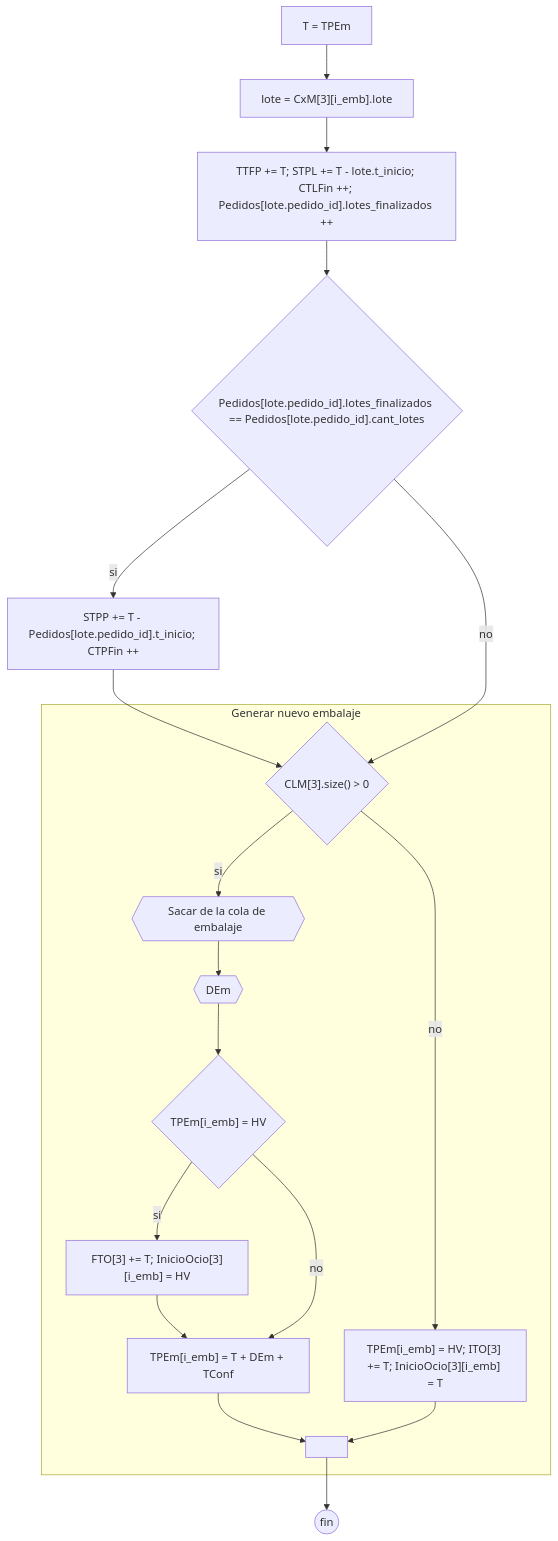
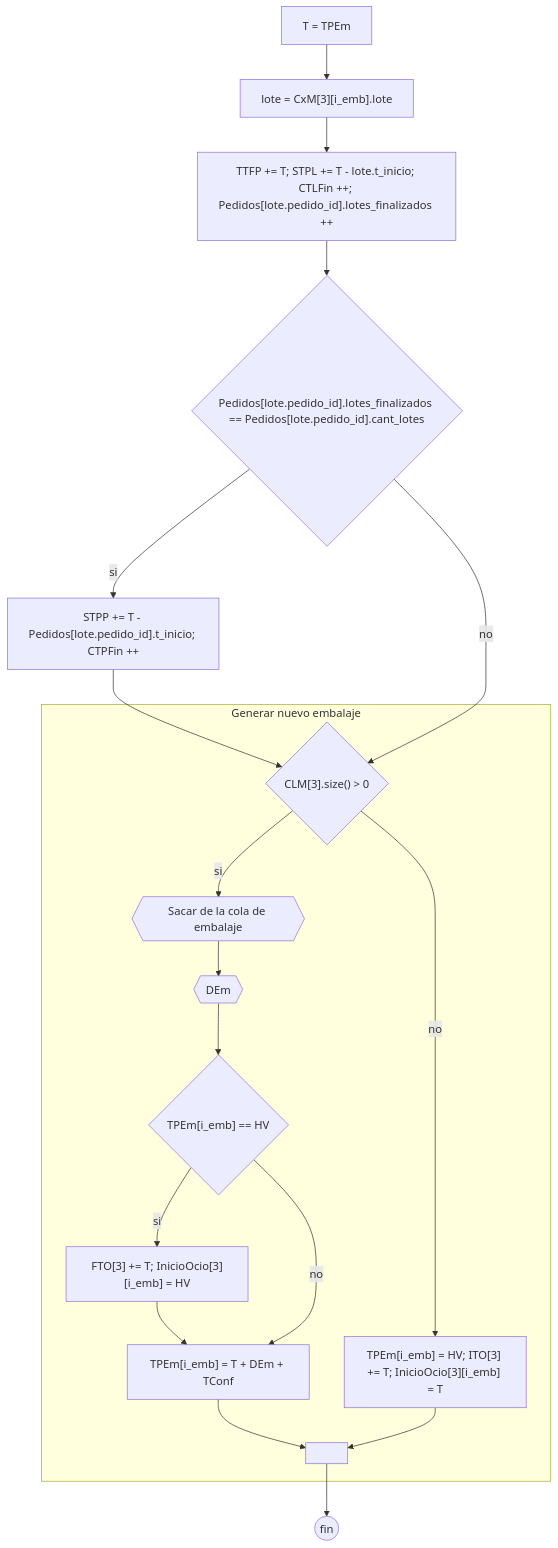
Before and after one commit to JuanManuelPrividera/TP-Simu: the diagram in docs/Diagramas/embalaje/Embalaje.mermaid, drawn with Mermaid. The commit also changed 39 other files, not shown here.

```diff
--- a/docs/Diagramas/embalaje/Embalaje.mermaid
+++ b/docs/Diagramas/embalaje/Embalaje.mermaid
@@ -1,14 +1,14 @@
 flowchart TD
     direction TD
 
     a[T = TPEm] --> lote["lote = CxM[3][i_emb].lote"]
     lote --> metricas["TTFP += T; STPL += T - lote.t_inicio; CTLFin ++; Pedidos[lote.pedido_id].lotes_finalizados ++"]
     metricas --> pedido_fin{"Pedidos[lote.pedido_id].lotes_finalizados == Pedidos[lote.pedido_id].cant_lotes"}
     pedido_fin --> |si| acum_pedido["STPP += T - Pedidos[lote.pedido_id].t_inicio; CTPFin ++"] --> if{"CLM[3].size() > 0"}
     pedido_fin --> |no| if
     subgraph Generar nuevo embalaje
-    if --> |si| e{{"Sacar de la cola de embalaje"}} --> s{{DEm}} --> i1{"TPEm[i_emb] = HV"} --> |si| i2["FTO[3] += T; InicioOcio[3][i_emb] = HV"] --> b
+    if --> |si| e{{"Sacar de la cola de embalaje"}} --> s{{DEm}} --> i1{"TPEm[i_emb] == HV"} --> |si| i2["FTO[3] += T; InicioOcio[3][i_emb] = HV"] --> b
     i1 --> |no| b["TPEm[i_emb] = T + DEm + TConf"] --> l
     if --> |no| zz["TPEm[i_emb] = HV; ITO[3] += T; InicioOcio[3][i_emb] = T"] --> l[" "]
     end
     l --> fin((fin))
```
